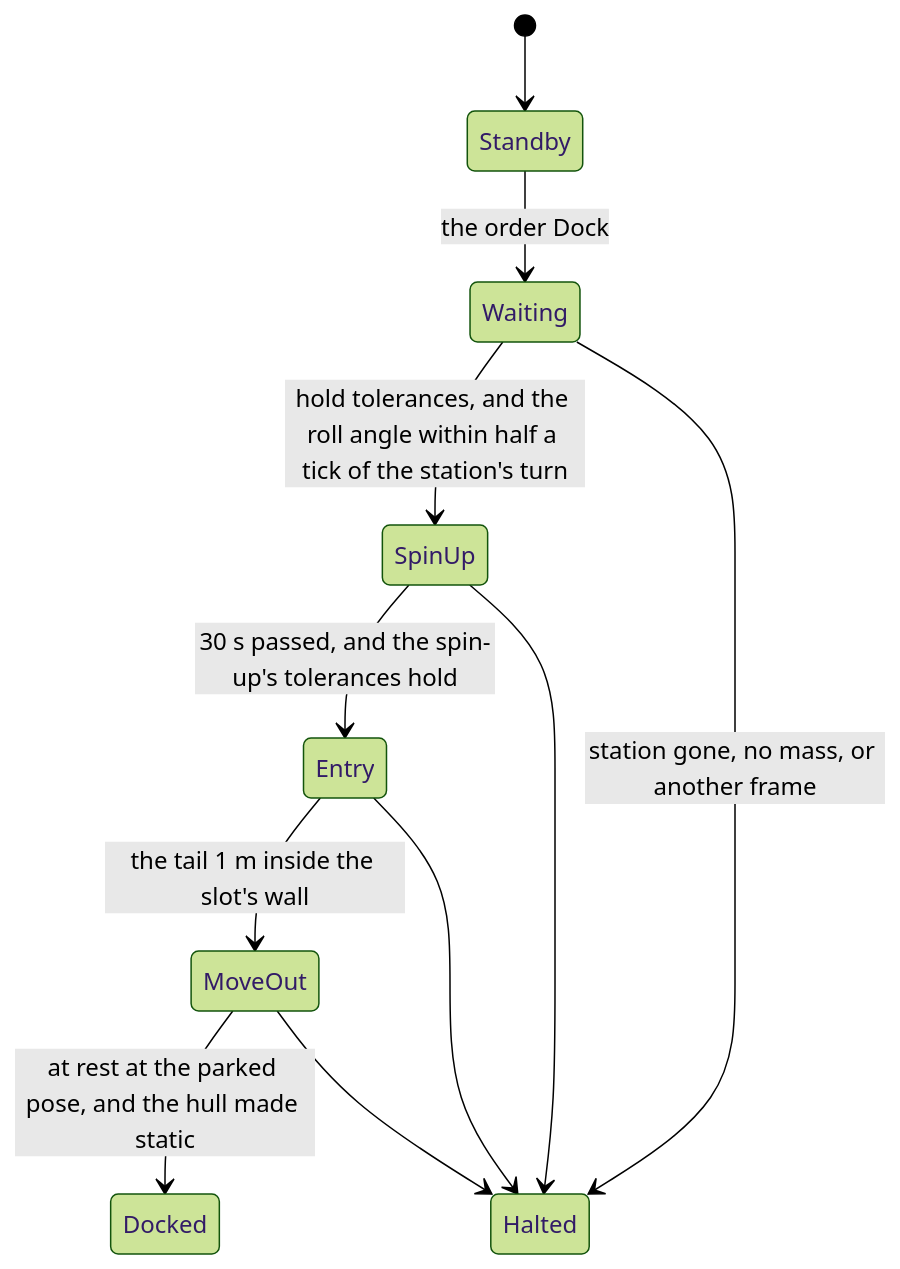
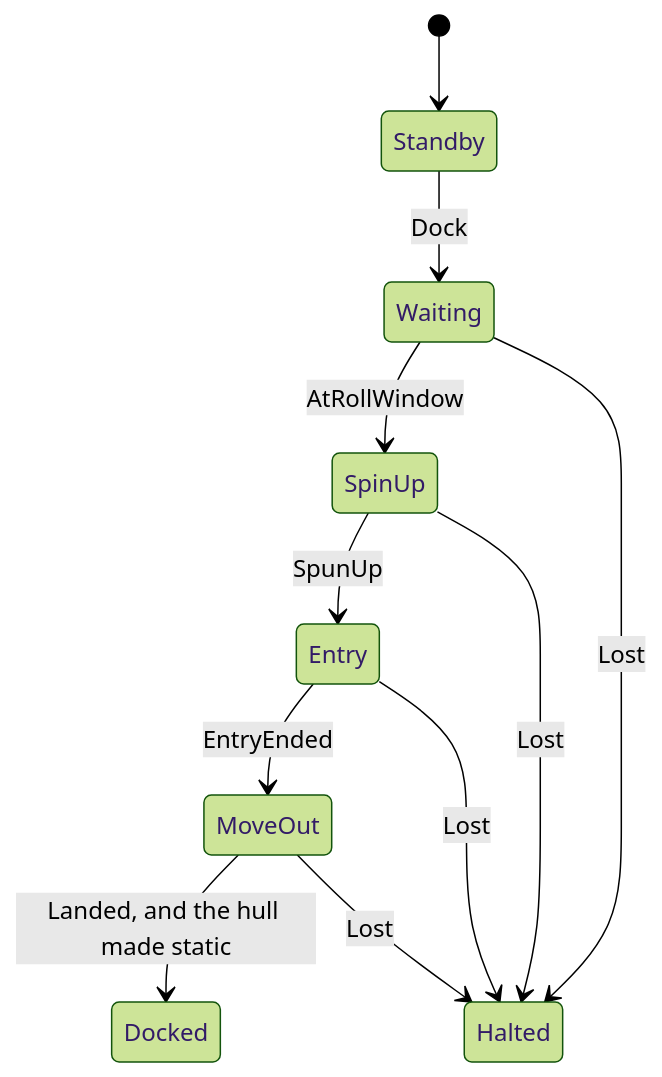
Before and after one commit to alexispurslane/tertius: the third of 6 diagrams in docs/plans/blue-danube-demo.md, drawn with Mermaid (forest theme). The commit also changed other lines of this file and 11 other files, not shown here.

````diff
--- a/docs/plans/blue-danube-demo.md
+++ b/docs/plans/blue-danube-demo.md
@@ -861,13 +881,13 @@
 ```mermaid
 stateDiagram-v2
   [*] --> Standby
-  Standby --> Waiting: the order Dock
-  Waiting --> SpinUp: hold tolerances, and the roll angle within half a tick of the station's turn
-  SpinUp --> Entry: 30 s passed, and the spin-up's tolerances hold
-  Entry --> MoveOut: the tail 1 m inside the slot's wall
-  MoveOut --> Docked: at rest at the parked pose, and the hull made static
-  Waiting --> Halted: station gone, no mass, or another frame
-  SpinUp --> Halted
-  Entry --> Halted
-  MoveOut --> Halted
+  Standby --> Waiting: Dock
+  Waiting --> SpinUp: AtRollWindow
+  SpinUp --> Entry: SpunUp
+  Entry --> MoveOut: EntryEnded
+  MoveOut --> Docked: Landed, and the hull made static
+  Waiting --> Halted: Lost
+  SpinUp --> Halted: Lost
+  Entry --> Halted: Lost
+  MoveOut --> Halted: Lost
 ```
````
